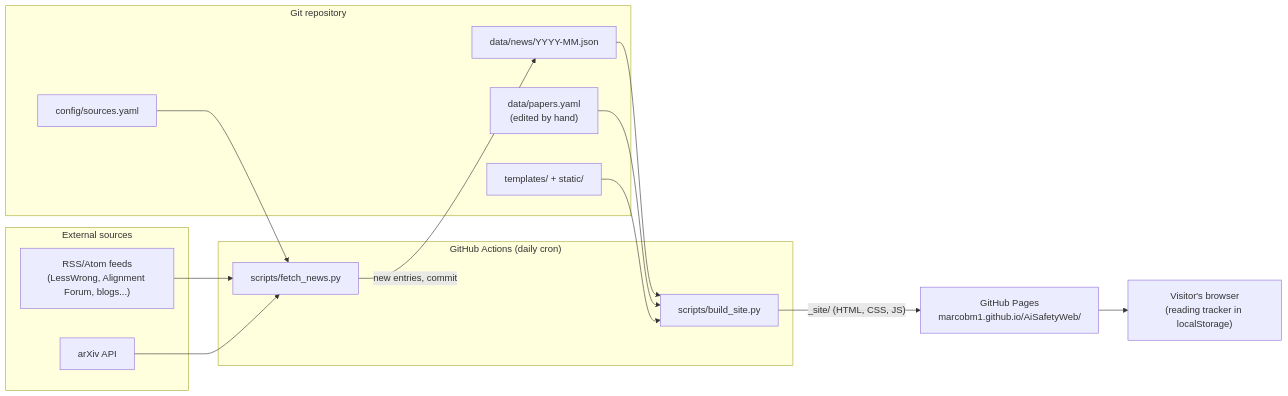
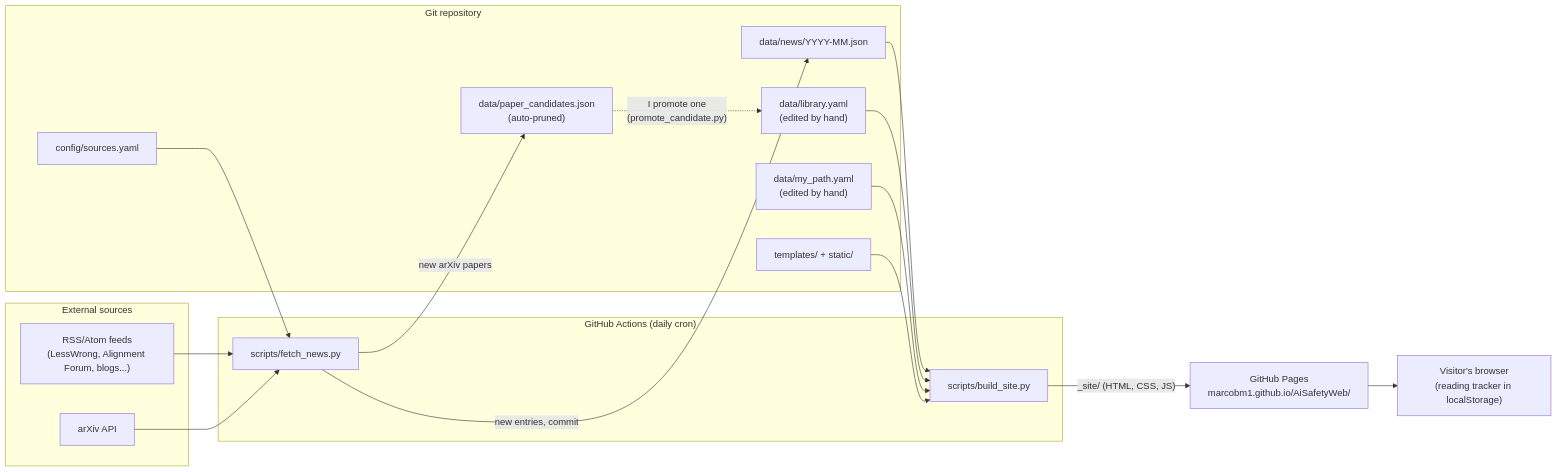
Before and after one commit to Marcobm1/AiSafetyWeb: the diagram in docs/HOW_THIS_SITE_WORKS.md, drawn with Mermaid. The commit also changed other lines of this file and 2 other files, not shown here.

First line of the commit message:
Plan update: paper candidates, Library, Start Here and My Own Path

````diff
--- a/docs/HOW_THIS_SITE_WORKS.md
+++ b/docs/HOW_THIS_SITE_WORKS.md
@@ -53,29 +59,34 @@
 ```mermaid
 flowchart LR
     subgraph Sources["External sources"]
         RSS["RSS/Atom feeds<br/>(LessWrong, Alignment Forum, blogs...)"]
         ARX["arXiv API"]
     end
 
     subgraph Actions["GitHub Actions (daily cron)"]
         F["scripts/fetch_news.py"]
         B["scripts/build_site.py"]
     end
 
     subgraph Repo["Git repository"]
         CFG["config/sources.yaml"]
         NEWS["data/news/YYYY-MM.json"]
-        PAP["data/papers.yaml<br/>(edited by hand)"]
+        CAND["data/paper_candidates.json<br/>(auto-pruned)"]
+        PAP["data/library.yaml<br/>(edited by hand)"]
+        PATH["data/my_path.yaml<br/>(edited by hand)"]
         TPL["templates/ + static/"]
     end
 
     RSS --> F
     ARX --> F
     CFG --> F
     F -->|"new entries, commit"| NEWS
+    F -->|"new arXiv papers"| CAND
+    CAND -.->|"I promote one<br/>(promote_candidate.py)"| PAP
     NEWS --> B
     PAP --> B
+    PATH --> B
     TPL --> B
     B -->|"_site/ (HTML, CSS, JS)"| PAGES["GitHub Pages<br/>marcobm1.github.io/AiSafetyWeb/"]
     PAGES --> V["Visitor's browser<br/>(reading tracker in localStorage)"]
 ```
````
